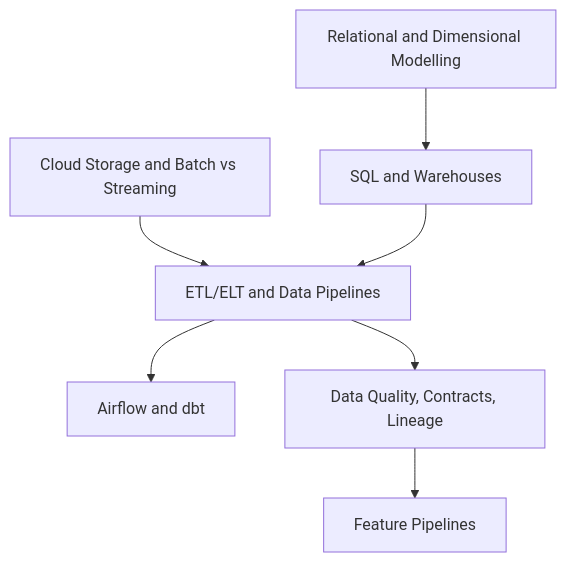
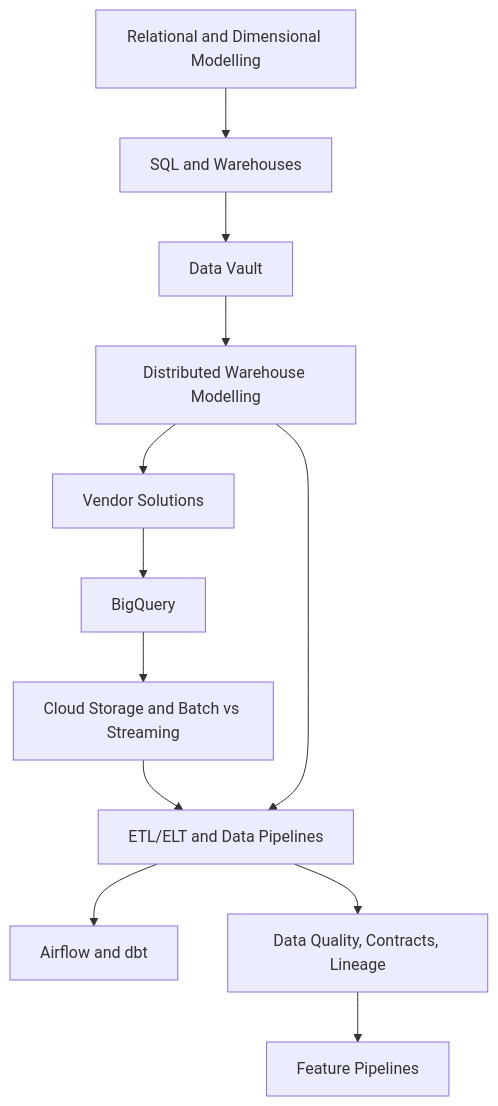
One commit to tilt/data-science-wiki changed the diagram in content/13-data-engineering/index.md. Above: the diagram before and after it, drawn with Mermaid. The commit also changed other lines of this file and 29 other files, not shown here.

Commit message:
Documentations for distributed DWHs, data vaults, and data engineering vendor solutions

````diff
--- a/content/13-data-engineering/index.md
+++ b/content/13-data-engineering/index.md
@@ -45,9 +48,14 @@
 ```mermaid
 flowchart TD
   Model[Relational and Dimensional Modelling] --> SQL[SQL and Warehouses]
+  SQL --> Vault[Data Vault]
+  Vault --> Distributed[Distributed Warehouse Modelling]
+  Distributed --> Vendors[Vendor Solutions]
+  Vendors --> BigQuery[BigQuery]
+  BigQuery --> Storage[Cloud Storage and Batch vs Streaming]
   Storage[Cloud Storage and Batch vs Streaming] --> Pipelines[ETL/ELT and Data Pipelines]
-  SQL --> Pipelines
+  Distributed --> Pipelines
   Pipelines --> Orchestration[Airflow and dbt]
   Pipelines --> Quality[Data Quality, Contracts, Lineage]
   Quality --> Features[Feature Pipelines]
 ```
````
